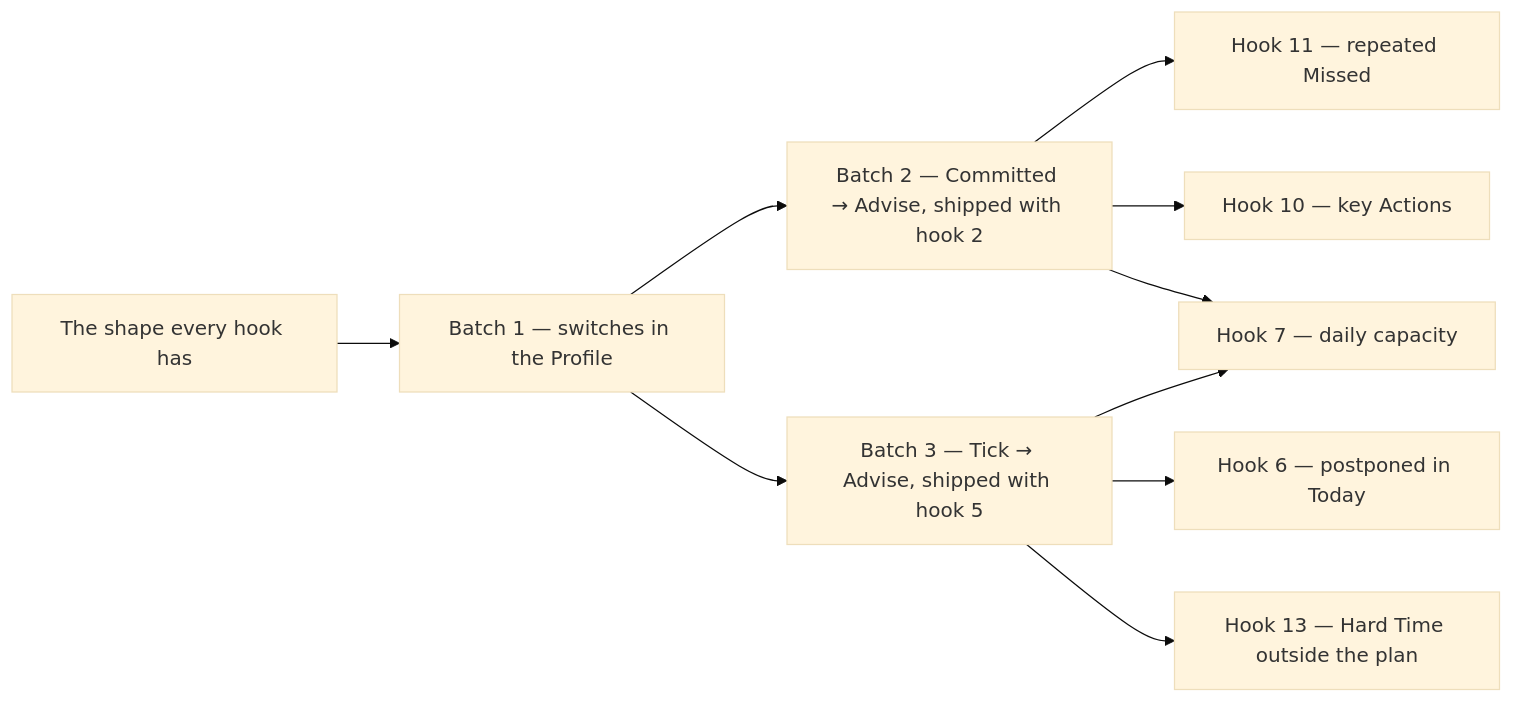
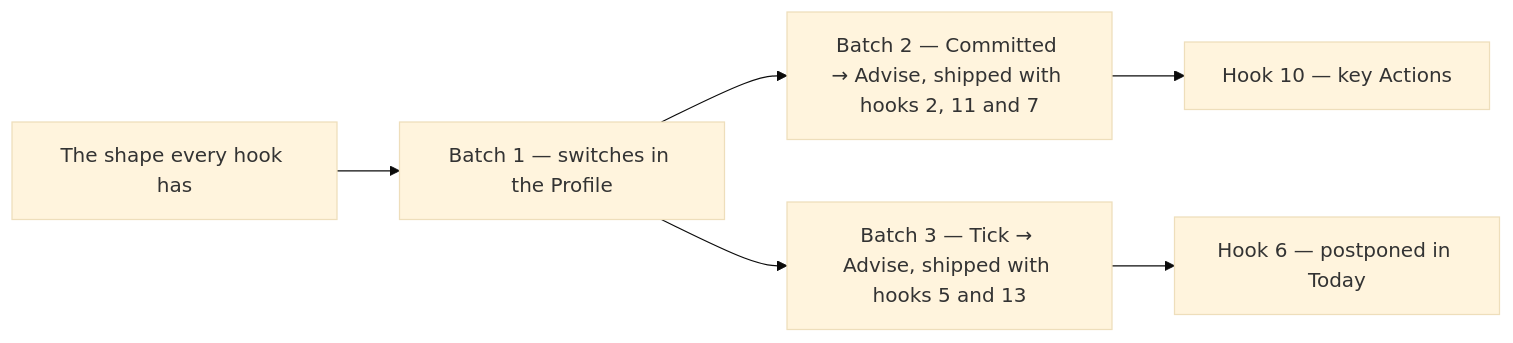
Before and after one commit to myvaheed/tg-ai-safwa: the diagram in docs/PLAN_FEATURES.md, drawn with Mermaid (base theme). The commit also changed other lines of this file and 41 other files, not shown here.

Commit message:
v9.62 the daily hooks run at the Profile's Morning time; every third Missed in a row, a Today over its capacity and a Hard Time the plan does not hold each ask the Advisor once; the retrospective counts the Sprint's effort, blocks and Checks

````diff
--- a/docs/PLAN_FEATURES.md
+++ b/docs/PLAN_FEATURES.md
@@ -185,14 +190,9 @@
 ```mermaid
 flowchart LR
-  h7["Hook 7 — daily capacity"]
   h10["Hook 10 — key Actions"]
   shape["The shape every hook has"] --> profile["Batch 1 — switches in the Profile"]
-  profile --> committed["Batch 2 — Committed → Advise, shipped with hook 2"]
-  profile --> tick["Batch 3 — Tick → Advise, shipped with hook 5"]
-  committed --> h11["Hook 11 — repeated Missed"]
+  profile --> committed["Batch 2 — Committed → Advise, shipped with hooks 2, 11 and 7"]
+  profile --> tick["Batch 3 — Tick → Advise, shipped with hooks 5 and 13"]
   committed --> h10
-  committed --> h7
   tick --> h6["Hook 6 — postponed in Today"]
-  tick --> h7
-  tick --> h13["Hook 13 — Hard Time outside the plan"]
 ```
````
